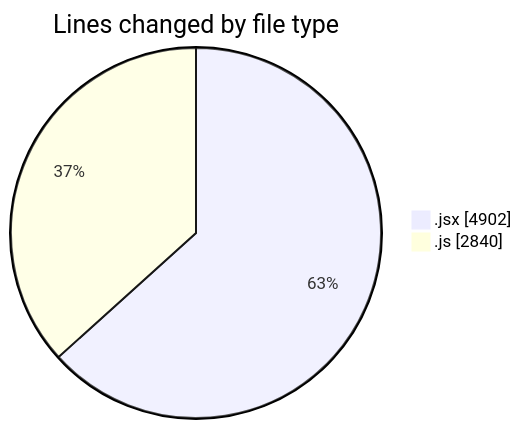
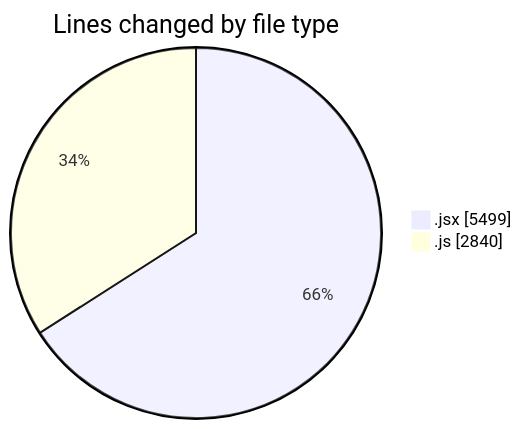
One commit to nxtqubesakshisongat/code-tracking changed the first of 2 diagrams in 2025-09-23/nxtqube_webapp/README.md. Above: the diagram before and after it, drawn with Mermaid. The commit also changed other lines of this file and 1 other file, not shown here.

````diff
--- a/2025-09-23/nxtqube_webapp/README.md
+++ b/2025-09-23/nxtqube_webapp/README.md
@@ -23,6 +23,6 @@
 ```mermaid
 pie showData
 title Lines changed by file type
-".jsx" : 4902
+".jsx" : 5499
 ".js" : 2840
 ```
````
